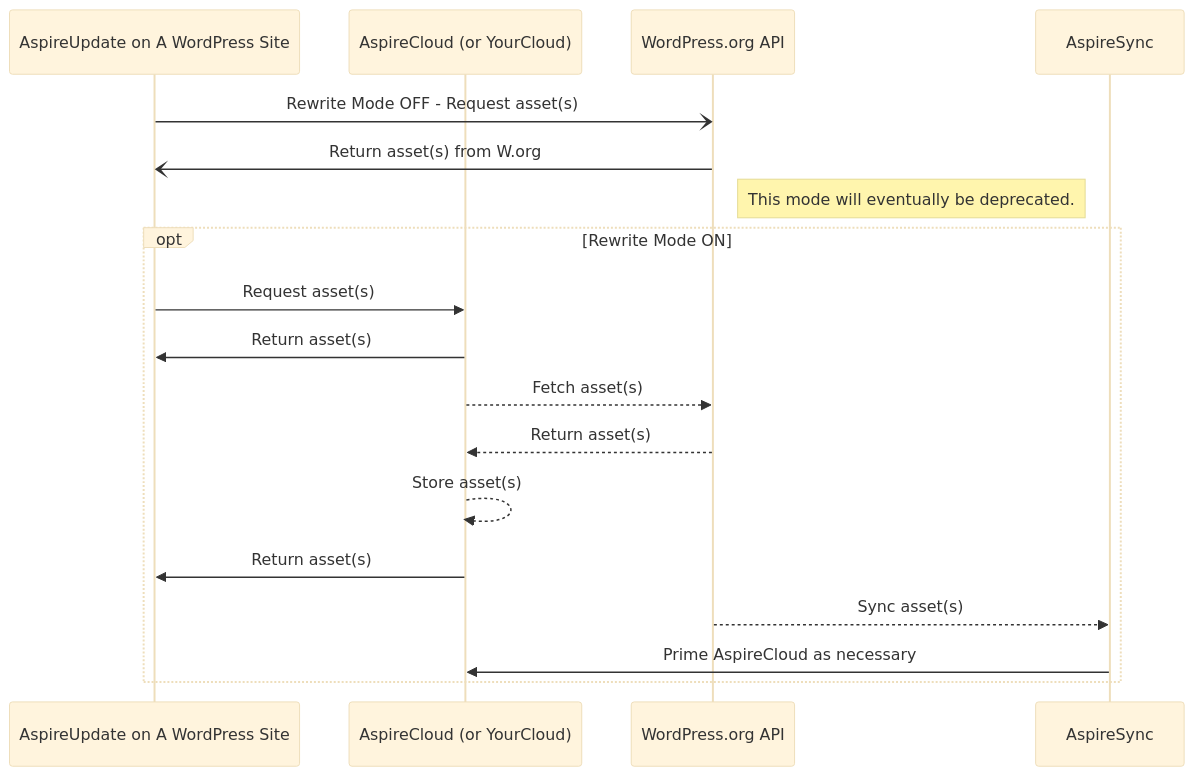
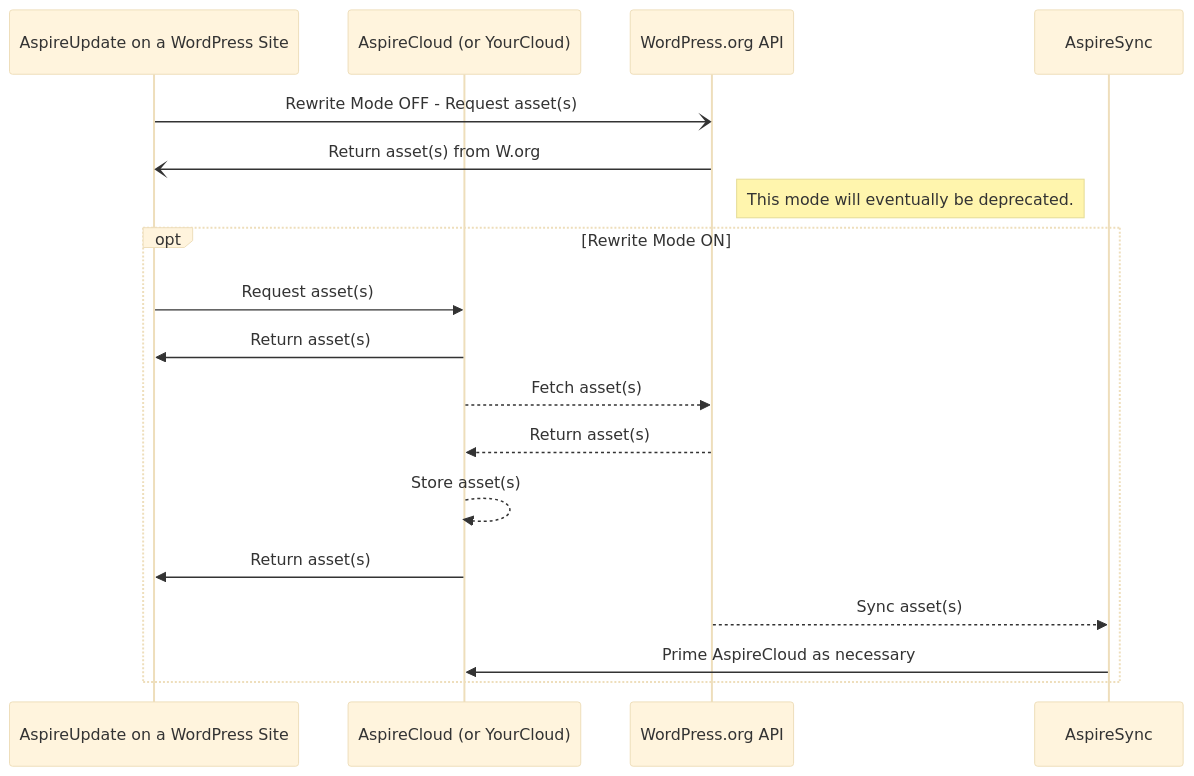
The diagram in docs/aspireupdate/index.md (aspirepress/documentation), drawn with Mermaid before and after one commit. The commit also changed other lines of this file, not shown here.

Commit message:
Update index.md (#29)

````diff
--- a/docs/aspireupdate/index.md
+++ b/docs/aspireupdate/index.md
@@ -41,24 +41,24 @@
 ```mermaid
 ---
 config:
   theme: base
 ---
 sequenceDiagram
-  participant AU as AspireUpdate on A WordPress Site
+  participant AU as AspireUpdate on a WordPress Site
   participant AC as AspireCloud (or YourCloud)
   participant Worg as WordPress.org API
   participant AS as AspireSync
   AU -) Worg: Rewrite Mode OFF - Request asset(s)
   Worg -) AU: Return asset(s) from W.org
   Note right of Worg: This mode will eventually be deprecated.
   opt Rewrite Mode ON
     AU ->> AC: Request asset(s)
     AC ->> AU: Return asset(s)
     AC -->> Worg: Fetch asset(s)
     Worg -->> AC: Return asset(s)
     AC -->> AC: Store asset(s)
     AC ->> AU: Return asset(s)
     Worg -->> AS: Sync asset(s)
     AS ->> AC: Prime AspireCloud as necessary
   end
 ```
````
